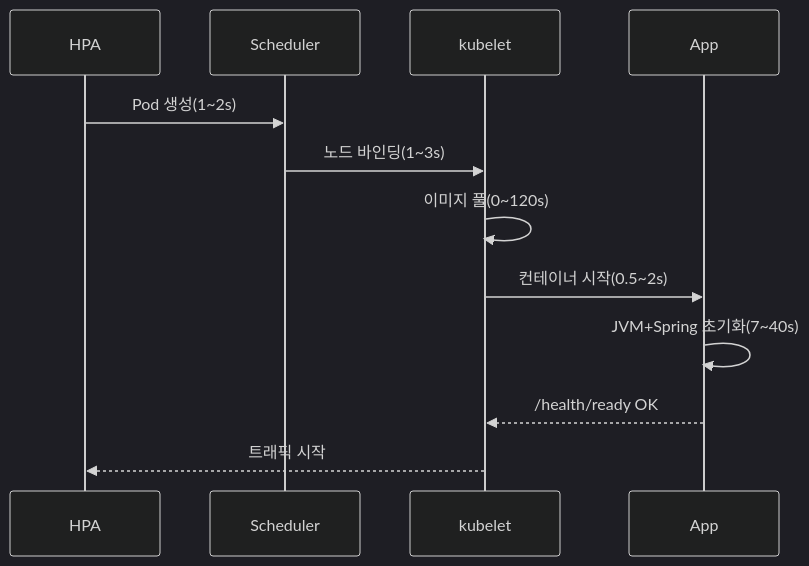
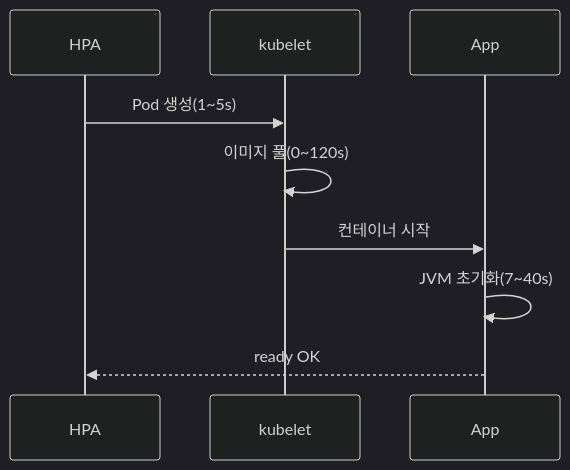
One commit to yjkim2015/yjkim2015.github.io changed the first of 5 diagrams in _posts/cloud/2026-05-02-kubernetes-cold-start.md. Above: the diagram before and after it, drawn with Mermaid (dark theme). The commit also changed other lines of this file and 155 other files, not shown here.

First line of the commit message:
Mermaid 전면 수정: subgraph 제거, participant/노드/줄수 축소 (342블록)

````diff
--- a/_posts/cloud/2026-05-02-kubernetes-cold-start.md
+++ b/_posts/cloud/2026-05-02-kubernetes-cold-start.md
@@ -52,14 +52,11 @@
 ```mermaid
 sequenceDiagram
     participant HPA
-    participant Sched as Scheduler
     participant K as kubelet
     participant App
-    HPA->>Sched: Pod 생성(1~2s)
-    Sched->>K: 노드 바인딩(1~3s)
+    HPA->>K: Pod 생성(1~5s)
     K->>K: 이미지 풀(0~120s)
-    K->>App: 컨테이너 시작(0.5~2s)
-    App->>App: JVM+Spring 초기화(7~40s)
-    App-->>K: /health/ready OK
-    K-->>HPA: 트래픽 시작
+    K->>App: 컨테이너 시작
+    App->>App: JVM 초기화(7~40s)
+    App-->>HPA: ready OK
 ```
````
